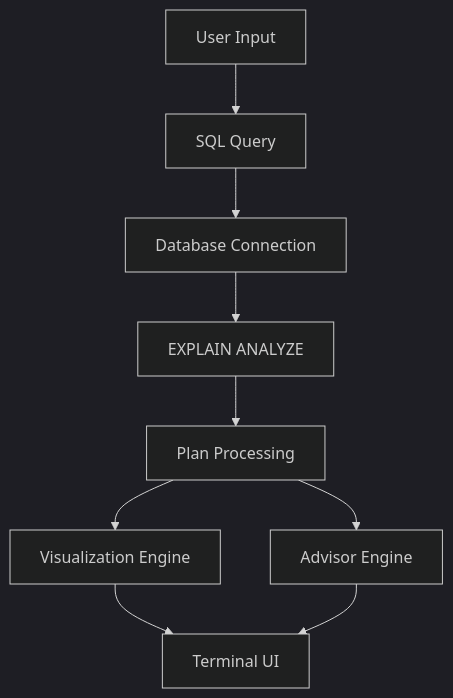
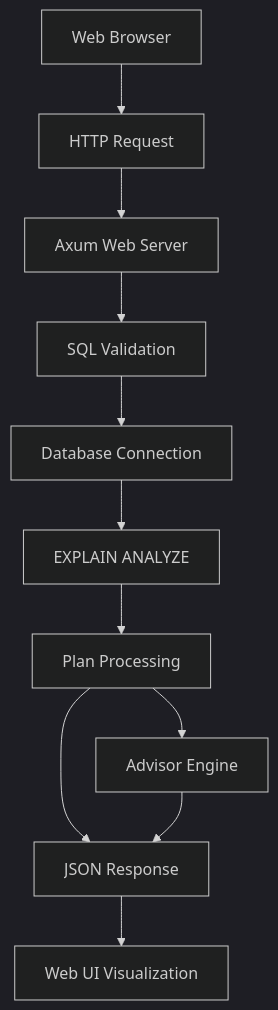
One commit to kumarlokesh/sqltrace changed the diagram in README.md. Above: the diagram before and after it, drawn with Mermaid (dark theme). The commit also changed other lines of this file and 23 other files, not shown here.

````diff
--- a/README.md
+++ b/README.md
@@ -166,11 +175,13 @@
 ```mermaid
 graph TD
-    A[User Input] --> B[SQL Query]
-    B --> C[Database Connection]
-    C --> D[EXPLAIN ANALYZE]
-    D --> E[Plan Processing]
-    E --> F[Visualization Engine]
-    F --> G[Terminal UI]
-    E --> H[Advisor Engine]
-    H --> G
+    A[Web Browser] --> B[HTTP Request]
+    B --> C[Axum Web Server]
+    C --> D[SQL Validation]
+    D --> E[Database Connection]
+    E --> F[EXPLAIN ANALYZE]
+    F --> G[Plan Processing]
+    G --> H[JSON Response]
+    H --> I[Web UI Visualization]
+    G --> J[Advisor Engine]
+    J --> H
 ```
````
